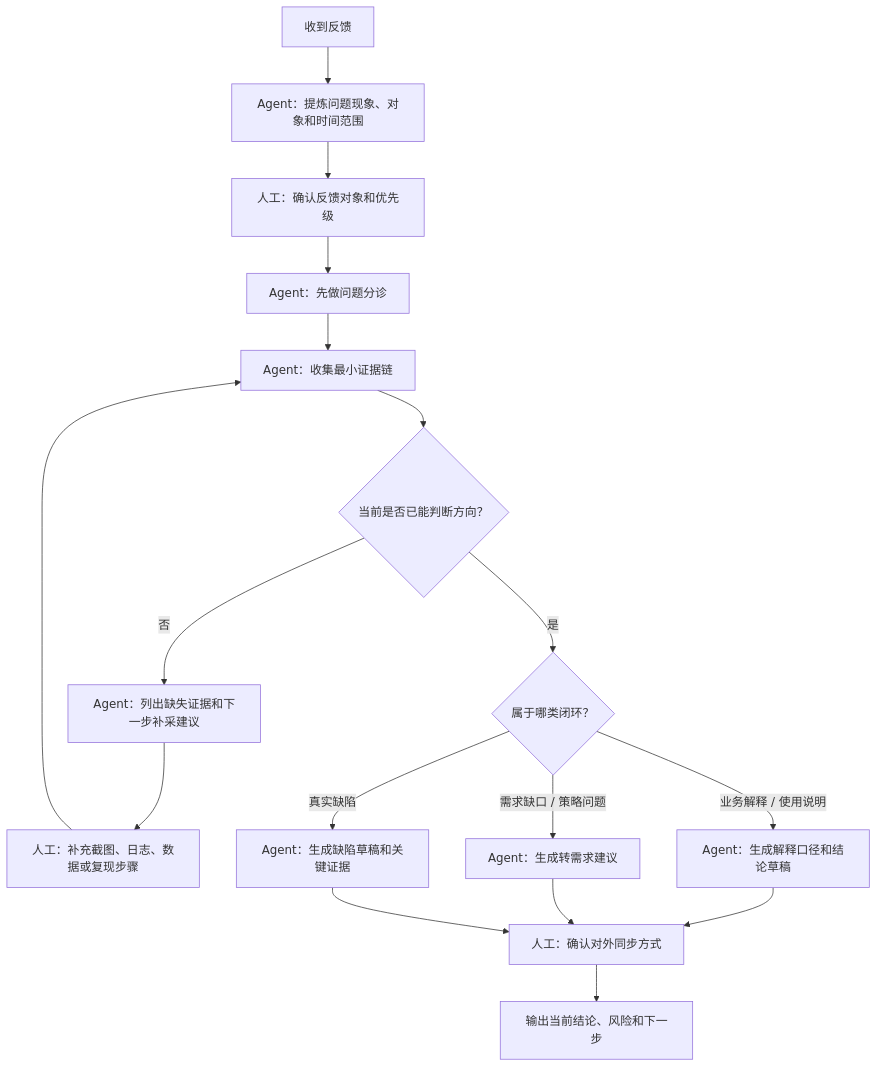
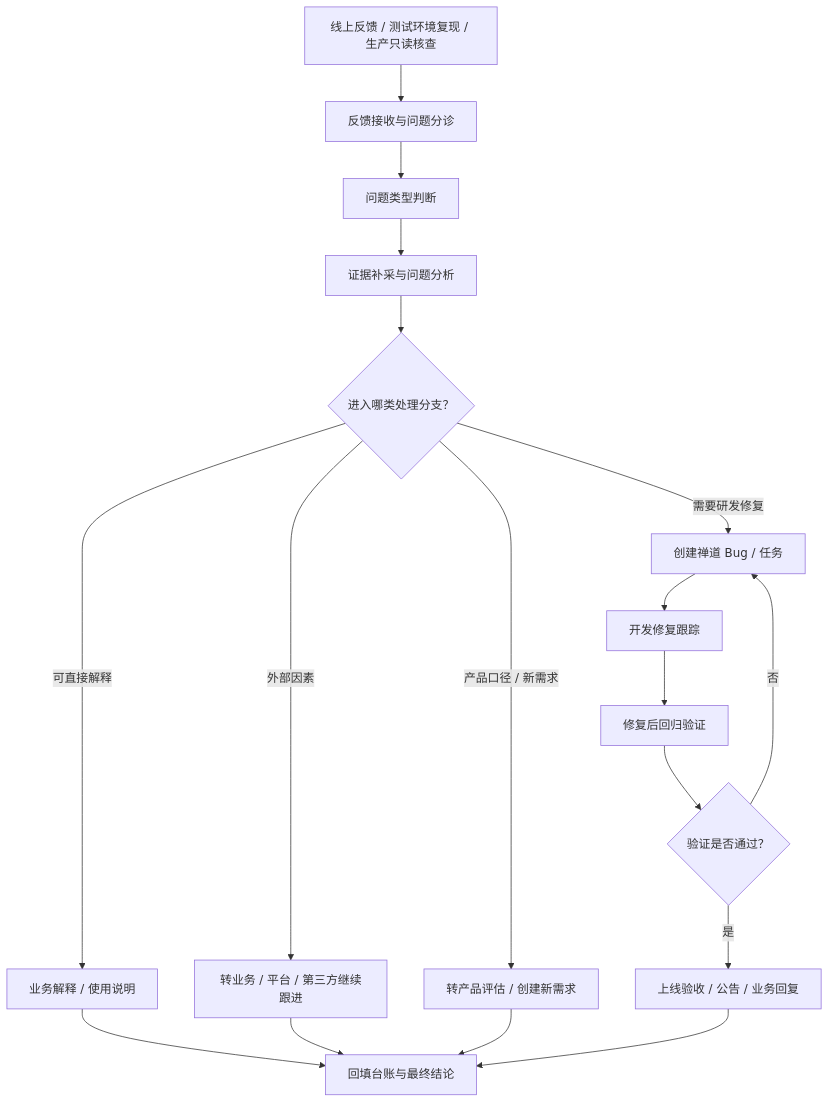
The diagram in sops/qa/issue-feedback-analysis-sop.example.md (sprohter/agents-sop-starter), drawn with Mermaid before and after one commit. The commit also changed other lines of this file and 12 other files, not shown here.

````diff
--- a/sops/qa/issue-feedback-analysis-sop.example.md
+++ b/sops/qa/issue-feedback-analysis-sop.example.md
@@ -30,19 +43,20 @@
 ```mermaid
 flowchart TD
-    A["收到反馈"] --> B["Agent：提炼问题现象、对象和时间范围"]
-    B --> C["人工：确认反馈对象和优先级"]
-    C --> D["Agent：先做问题分诊"]
-    D --> E["Agent：收集最小证据链"]
-    E --> F{"当前是否已能判断方向？"}
-    F -- "否" --> G["Agent：列出缺失证据和下一步补采建议"]
-    G --> H["人工：补充截图、日志、数据或复现步骤"]
-    H --> E
-    F -- "是" --> I{"属于哪类闭环？"}
-    I -- "业务解释 / 使用说明" --> J["Agent：生成解释口径和结论草稿"]
-    I -- "需求缺口 / 策略问题" --> K["Agent：生成转需求建议"]
-    I -- "真实缺陷" --> L["Agent：生成缺陷草稿和关键证据"]
-    J --> M["人工：确认对外同步方式"]
-    K --> M
-    L --> M
-    M --> N["输出当前结论、风险和下一步"]
+    A["线上反馈 / 测试环境复现 / 生产只读核查"] --> B["反馈接收与问题分诊"]
+    B --> C["问题类型判断"]
+    C --> D["证据补采与问题分析"]
+    D --> E{"进入哪类处理分支？"}
+    E -- "可直接解释" --> F["业务解释 / 使用说明"]
+    E -- "外部因素" --> G["转业务 / 平台 / 第三方继续跟进"]
+    E -- "产品口径 / 新需求" --> H["转产品评估 / 创建新需求"]
+    E -- "需要研发修复" --> I["创建禅道 Bug / 任务"]
+    I --> J["开发修复跟踪"]
+    J --> K["修复后回归验证"]
+    K --> L{"验证是否通过？"}
+    L -- "否" --> I
+    L -- "是" --> M["上线验收 / 公告 / 业务回复"]
+    F --> N["回填台账与最终结论"]
+    G --> N
+    H --> N
+    M --> N
 ```
````
